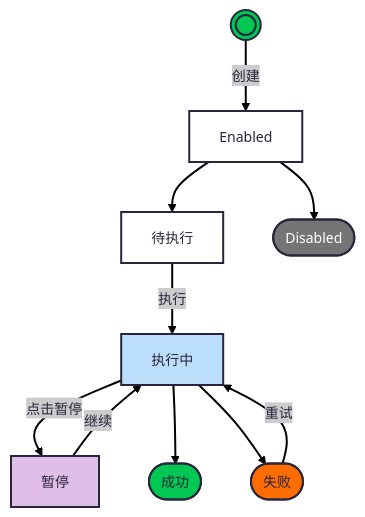
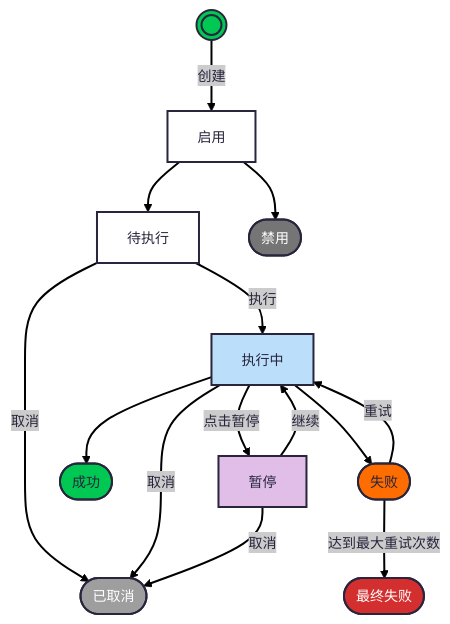
One commit to zhaoxin34/matrix changed the diagram in neo/design/docs/product/agent任务系统设计.md. Above: the diagram before and after it, drawn with Mermaid. The commit also changed other lines of this file and 1 other file, not shown here.

````diff
--- a/neo/design/docs/product/agent任务系统设计.md
+++ b/neo/design/docs/product/agent任务系统设计.md
@@ -70,22 +71,28 @@
 ```mermaid
 ---
 config:
   theme: redux
 ---
 flowchart TB
     n1["待执行"] -- 执行 --> n2["执行中"]
     n2 -- 点击暂停 --> n3["暂停"]
     n2 --> n4(["成功"]) & n5(["失败"])
     n3 -- 继续 --> n2
     n5 -- 重试 --> n2
-    A[" "] -- 创建 --> n6["Enabled"]
-    n6 --> n7(["Disabled"]) & n1
+    n5 -- 达到最大重试次数 --> n8(["最终失败"])
+    n1 -- 取消 --> n9(["已取消"])
+    n2 -- 取消 --> n9
+    n3 -- 取消 --> n9
+    A[" "] -- 创建 --> n6["启用"]
+    n6 --> n7(["禁用"]) & n1
 
     A@{ shape: dbl-circ}
     style n2 fill:#BBDEFB
     style n3 fill:#E1BEE7
     style n4 fill:#00C853
     style n5 fill:#FF6D00
+    style n8 fill:#D32F2F,color:#ffffff
+    style n9 fill:#9E9E9E,color:#ffffff
     style A fill:#00C853
     style n7 fill:#757575,color:#ffffff
 ```
````
